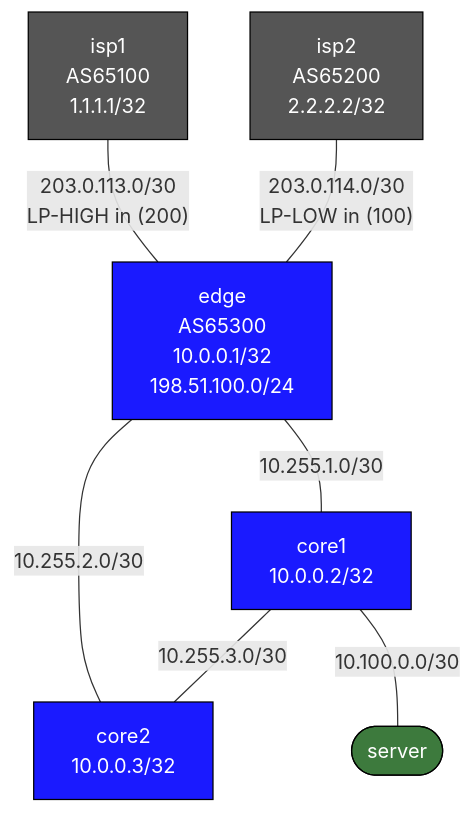
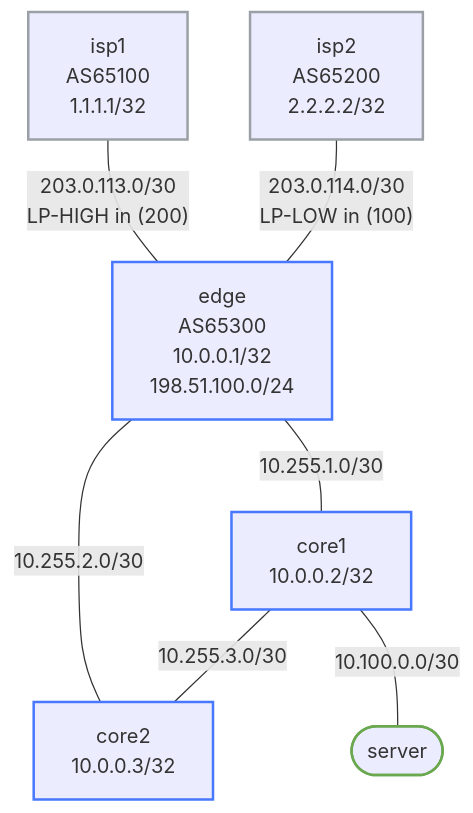
The diagram in labs/enterprise-wan-edge-capstone/README.md (jschless/networkingLabs), drawn with Mermaid before and after one commit. The commit also changed 250 other files, not shown here.

Commit message:
Fix unreadable topology diagrams, convert ASCII art, publish assessments (#57)

````diff
--- a/labs/enterprise-wan-edge-capstone/README.md
+++ b/labs/enterprise-wan-edge-capstone/README.md
@@ -17,24 +17,24 @@
 ```mermaid
 flowchart TB
-    isp1["isp1\nAS65100\n1.1.1.1/32"]
-    isp2["isp2\nAS65200\n2.2.2.2/32"]
-    edge["edge\nAS65300\n10.0.0.1/32\n198.51.100.0/24"]
-    core1["core1\n10.0.0.2/32"]
-    core2["core2\n10.0.0.3/32"]
+    isp1["isp1<br/>AS65100<br/>1.1.1.1/32"]
+    isp2["isp2<br/>AS65200<br/>2.2.2.2/32"]
+    edge["edge<br/>AS65300<br/>10.0.0.1/32<br/>198.51.100.0/24"]
+    core1["core1<br/>10.0.0.2/32"]
+    core2["core2<br/>10.0.0.3/32"]
     server(["server"])
 
-    isp1 -- "203.0.113.0/30\nLP-HIGH in (200)" --- edge
-    isp2 -- "203.0.114.0/30\nLP-LOW in (100)" --- edge
+    isp1 -- "203.0.113.0/30<br/>LP-HIGH in (200)" --- edge
+    isp2 -- "203.0.114.0/30<br/>LP-LOW in (100)" --- edge
     edge -- "10.255.1.0/30" --- core1
     edge -- "10.255.2.0/30" --- core2
     core1 -- "10.255.3.0/30" --- core2
     core1 -- "10.100.0.0/30" --- server
 
-    classDef router fill:#1a1aff,color:#fff,stroke:#000
-    classDef host   fill:#3d7a3d,color:#fff,stroke:#000
-    classDef isp    fill:#555,color:#fff,stroke:#000
+    classDef router stroke:#4778ff,stroke-width:2px
+    classDef host stroke:#6aa84f,stroke-width:2px
+    classDef isp stroke:#9aa0a6,stroke-width:2px
 
     class isp1,isp2 isp
     class edge,core1,core2 router
     class server host
 ```
````
